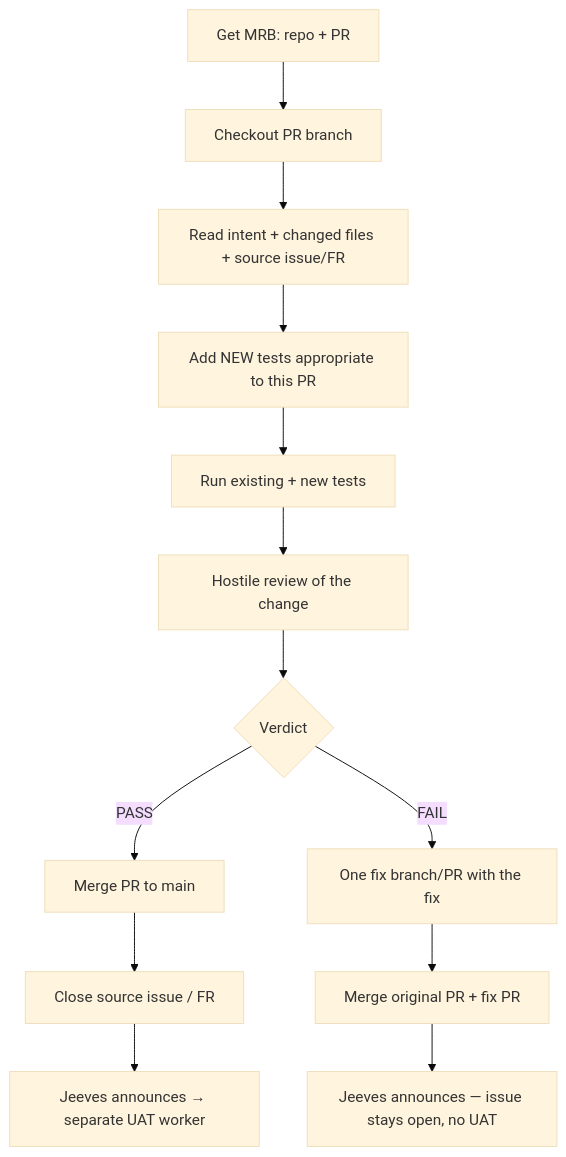
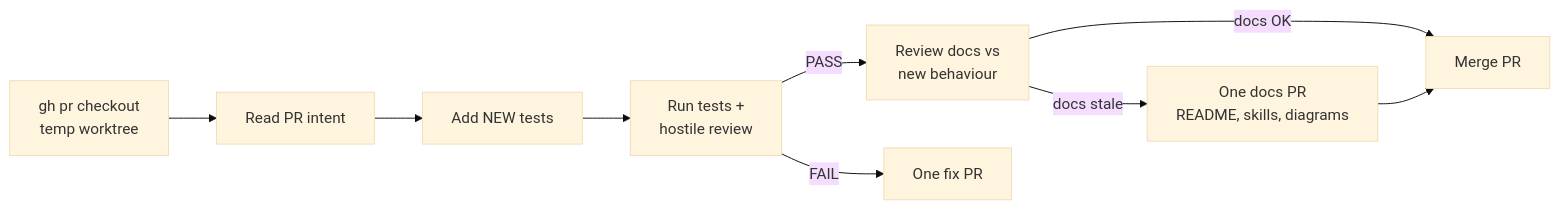
The second of 5 diagrams in README.md (SimonBarnett/agentic_build), drawn with Mermaid (base theme) before and after one commit. The commit also changed other lines of this file, not shown here.

Commit message:
Document post-PASS documentation review in README

````diff
--- a/README.md
+++ b/README.md
@@ -148,15 +148,11 @@
 ```mermaid
-flowchart TD
-  A[Get MRB: repo + PR] --> B[Checkout PR branch]
-  B --> C[Read intent + changed files + source issue/FR]
-  C --> D[Add NEW tests appropriate to this PR]
-  D --> E[Run existing + new tests]
-  E --> F[Hostile review of the change]
-  F --> G{Verdict}
-  G -->|PASS| H[Merge PR to main]
-  H --> I[Close source issue / FR]
-  I --> L[Jeeves announces → separate UAT worker]
-  G -->|FAIL| J[One fix branch/PR with the fix]
-  J --> K[Merge original PR + fix PR]
-  K --> M[Jeeves announces — issue stays open, no UAT]
+flowchart LR
+  A[gh pr checkout<br/>temp worktree] --> B[Read PR intent]
+  B --> C[Add NEW tests]
+  C --> D[Run tests +<br/>hostile review]
+  D -->|PASS| E[Review docs vs<br/>new behaviour]
+  E -->|docs stale| F[One docs PR<br/>README, skills, diagrams]
+  E -->|docs OK| G[Merge PR]
+  F --> G
+  D -->|FAIL| H[One fix PR]
 ```
````
